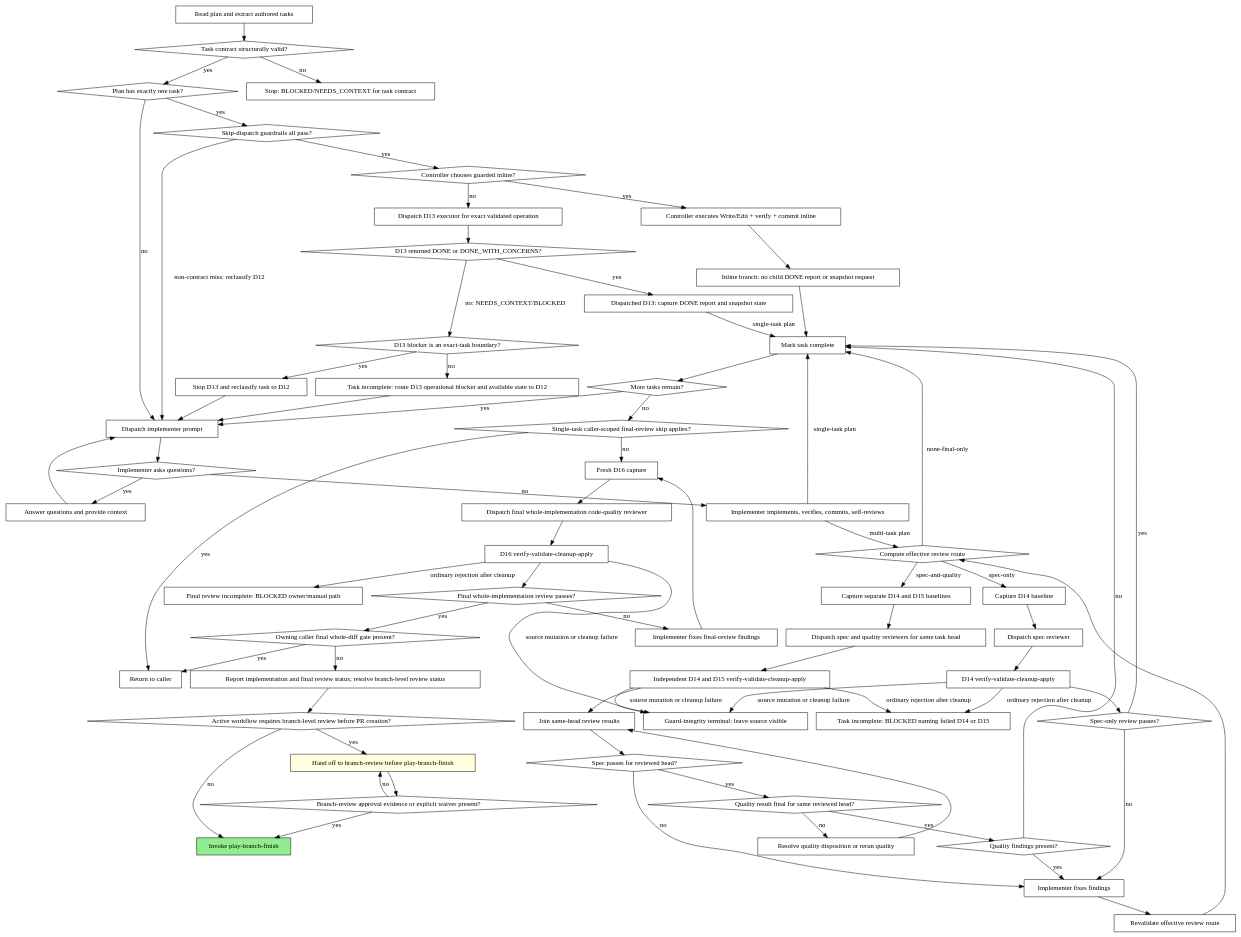
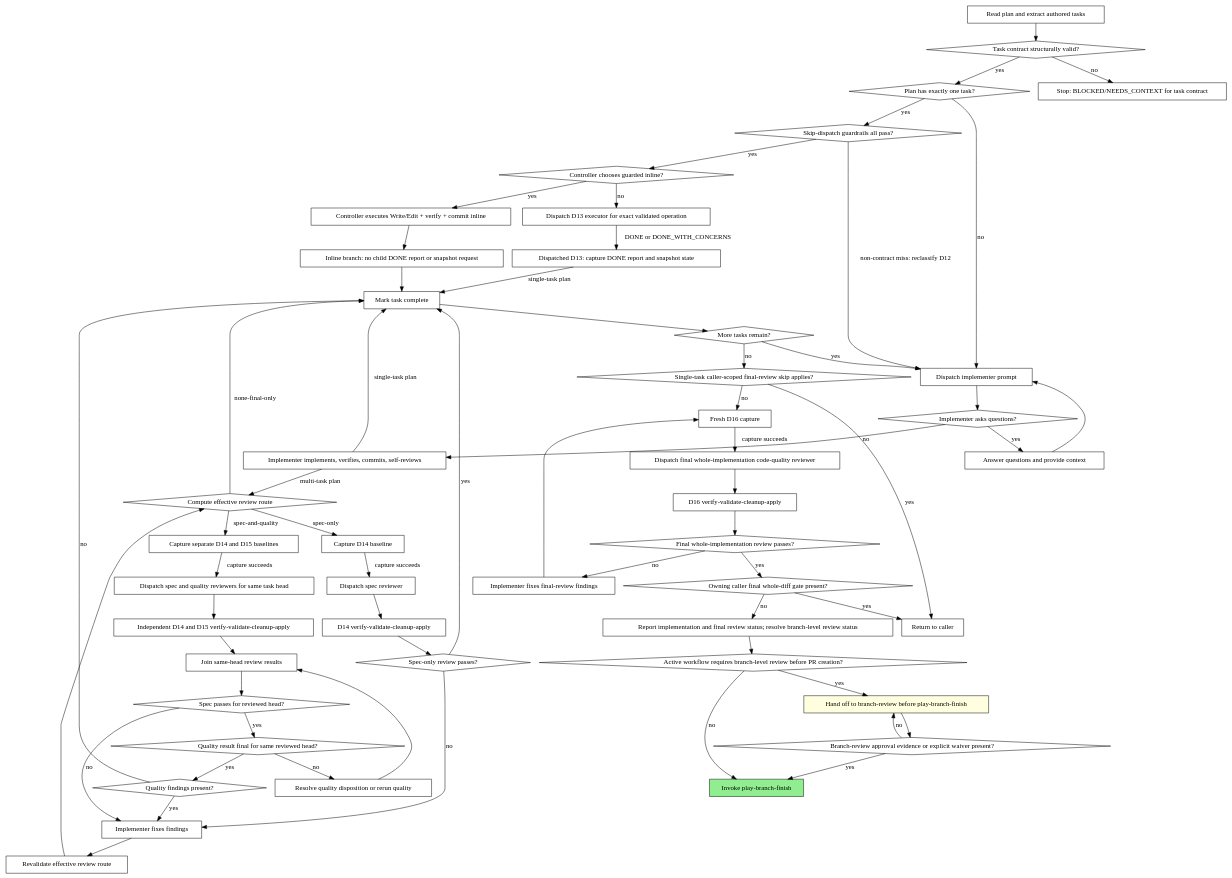
One commit to ryumiel/devcanon changed the second of 2 diagrams in skills/play-subagent-execution/references/process-diagrams.md. Above: the diagram before and after it, drawn with Graphviz. The commit also changed other lines of this file and 6 other files, not shown here.

```diff
--- a/skills/play-subagent-execution/references/process-diagrams.md
+++ b/skills/play-subagent-execution/references/process-diagrams.md
@@ -38,11 +40,7 @@
     "Controller executes Write/Edit + verify + commit inline" [shape=box];
     "Inline branch: no child DONE report or snapshot request" [shape=box];
     "Dispatch D13 executor for exact validated operation" [shape=box];
-    "D13 returned DONE or DONE_WITH_CONCERNS?" [shape=diamond];
     "Dispatched D13: capture DONE report and snapshot state" [shape=box];
-    "D13 blocker is an exact-task boundary?" [shape=diamond];
-    "Stop D13 and reclassify task to D12" [shape=box];
-    "Task incomplete: route D13 operational blocker and available state to D12" [shape=box];
     "Dispatch implementer prompt" [shape=box];
     "Implementer asks questions?" [shape=diamond];
     "Answer questions and provide context" [shape=box];
@@ -78,9 +76,6 @@
     "Branch-review approval evidence or explicit waiver present?" [shape=diamond];
     "Invoke play-branch-finish" [shape=box style=filled fillcolor=lightgreen];
     "Stop: BLOCKED/NEEDS_CONTEXT for task contract" [shape=box];
-    "Task incomplete: BLOCKED naming failed D14 or D15" [shape=box];
-    "Final review incomplete: BLOCKED owner/manual path" [shape=box];
-    "Guard-integrity terminal: leave source visible" [shape=box];
 
     "Read plan and extract authored tasks" -> "Task contract structurally valid?";
     "Task contract structurally valid?" -> "Stop: BLOCKED/NEEDS_CONTEXT for task contract" [label="no"];
@@ -97,27 +92,17 @@
     "Implementer asks questions?" -> "Implementer implements, verifies, commits, self-reviews" [label="no"];
     "Implementer implements, verifies, commits, self-reviews" -> "Mark task complete" [label="single-task plan"];
     "Implementer implements, verifies, commits, self-reviews" -> "Compute effective review route" [label="multi-task plan"];
-    "Dispatch D13 executor for exact validated operation" -> "D13 returned DONE or DONE_WITH_CONCERNS?";
-    "D13 returned DONE or DONE_WITH_CONCERNS?" -> "Dispatched D13: capture DONE report and snapshot state" [label="yes"];
-    "D13 returned DONE or DONE_WITH_CONCERNS?" -> "D13 blocker is an exact-task boundary?" [label="no: NEEDS_CONTEXT/BLOCKED"];
-    "D13 blocker is an exact-task boundary?" -> "Stop D13 and reclassify task to D12" [label="yes"];
-    "D13 blocker is an exact-task boundary?" -> "Task incomplete: route D13 operational blocker and available state to D12" [label="no"];
-    "Stop D13 and reclassify task to D12" -> "Dispatch implementer prompt";
-    "Task incomplete: route D13 operational blocker and available state to D12" -> "Dispatch implementer prompt";
+    "Dispatch D13 executor for exact validated operation" -> "Dispatched D13: capture DONE report and snapshot state" [label="DONE or DONE_WITH_CONCERNS"];
     "Dispatched D13: capture DONE report and snapshot state" -> "Mark task complete" [label="single-task plan"];
     "Compute effective review route" -> "Capture separate D14 and D15 baselines" [label="spec-and-quality"];
-    "Capture separate D14 and D15 baselines" -> "Dispatch spec and quality reviewers for same task head";
+    "Capture separate D14 and D15 baselines" -> "Dispatch spec and quality reviewers for same task head" [label="capture succeeds"];
     "Dispatch spec and quality reviewers for same task head" -> "Independent D14 and D15 verify-validate-cleanup-apply";
     "Independent D14 and D15 verify-validate-cleanup-apply" -> "Join same-head review results";
-    "Independent D14 and D15 verify-validate-cleanup-apply" -> "Task incomplete: BLOCKED naming failed D14 or D15" [label="ordinary rejection after cleanup"];
-    "Independent D14 and D15 verify-validate-cleanup-apply" -> "Guard-integrity terminal: leave source visible" [label="source mutation or cleanup failure"];
     "Compute effective review route" -> "Capture D14 baseline" [label="spec-only"];
-    "Capture D14 baseline" -> "Dispatch spec reviewer";
+    "Capture D14 baseline" -> "Dispatch spec reviewer" [label="capture succeeds"];
     "Compute effective review route" -> "Mark task complete" [label="none-final-only"];
     "Dispatch spec reviewer" -> "D14 verify-validate-cleanup-apply";
     "D14 verify-validate-cleanup-apply" -> "Spec-only review passes?";
-    "D14 verify-validate-cleanup-apply" -> "Task incomplete: BLOCKED naming failed D14 or D15" [label="ordinary rejection after cleanup"];
-    "D14 verify-validate-cleanup-apply" -> "Guard-integrity terminal: leave source visible" [label="source mutation or cleanup failure"];
     "Join same-head review results" -> "Spec passes for reviewed head?";
     "Spec-only review passes?" -> "Implementer fixes findings" [label="no"];
     "Spec-only review passes?" -> "Mark task complete" [label="yes"];
@@ -137,11 +122,9 @@
     "More tasks remain?" -> "Single-task caller-scoped final-review skip applies?" [label="no"];
     "Single-task caller-scoped final-review skip applies?" -> "Return to caller" [label="yes"];
     "Single-task caller-scoped final-review skip applies?" -> "Fresh D16 capture" [label="no"];
-    "Fresh D16 capture" -> "Dispatch final whole-implementation code-quality reviewer";
+    "Fresh D16 capture" -> "Dispatch final whole-implementation code-quality reviewer" [label="capture succeeds"];
     "Dispatch final whole-implementation code-quality reviewer" -> "D16 verify-validate-cleanup-apply";
     "D16 verify-validate-cleanup-apply" -> "Final whole-implementation review passes?";
-    "D16 verify-validate-cleanup-apply" -> "Final review incomplete: BLOCKED owner/manual path" [label="ordinary rejection after cleanup"];
-    "D16 verify-validate-cleanup-apply" -> "Guard-integrity terminal: leave source visible" [label="source mutation or cleanup failure"];
     "Final whole-implementation review passes?" -> "Implementer fixes final-review findings" [label="no"];
     "Implementer fixes final-review findings" -> "Fresh D16 capture";
     "Final whole-implementation review passes?" -> "Owning caller final whole-diff gate present?" [label="yes"];
```
